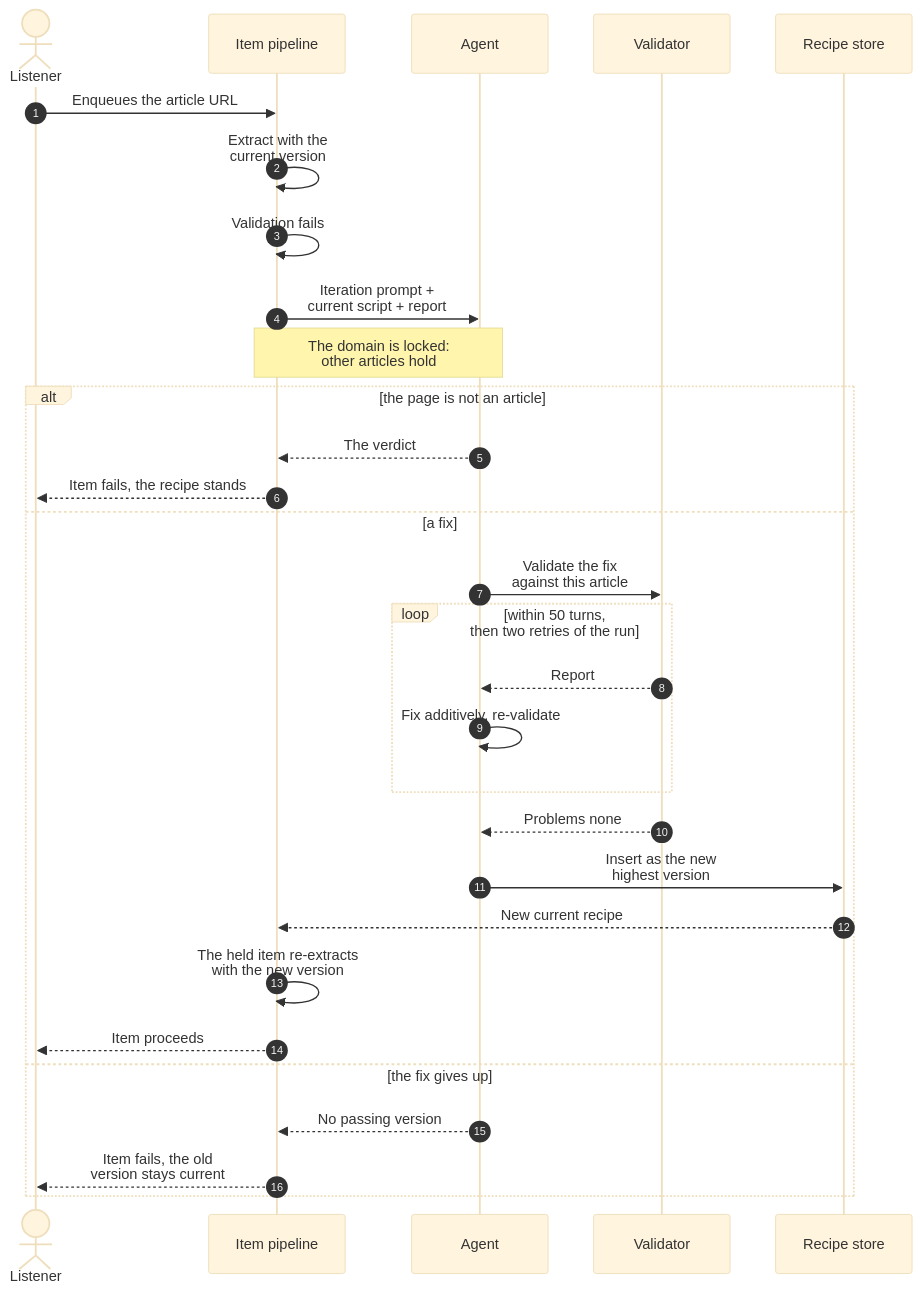
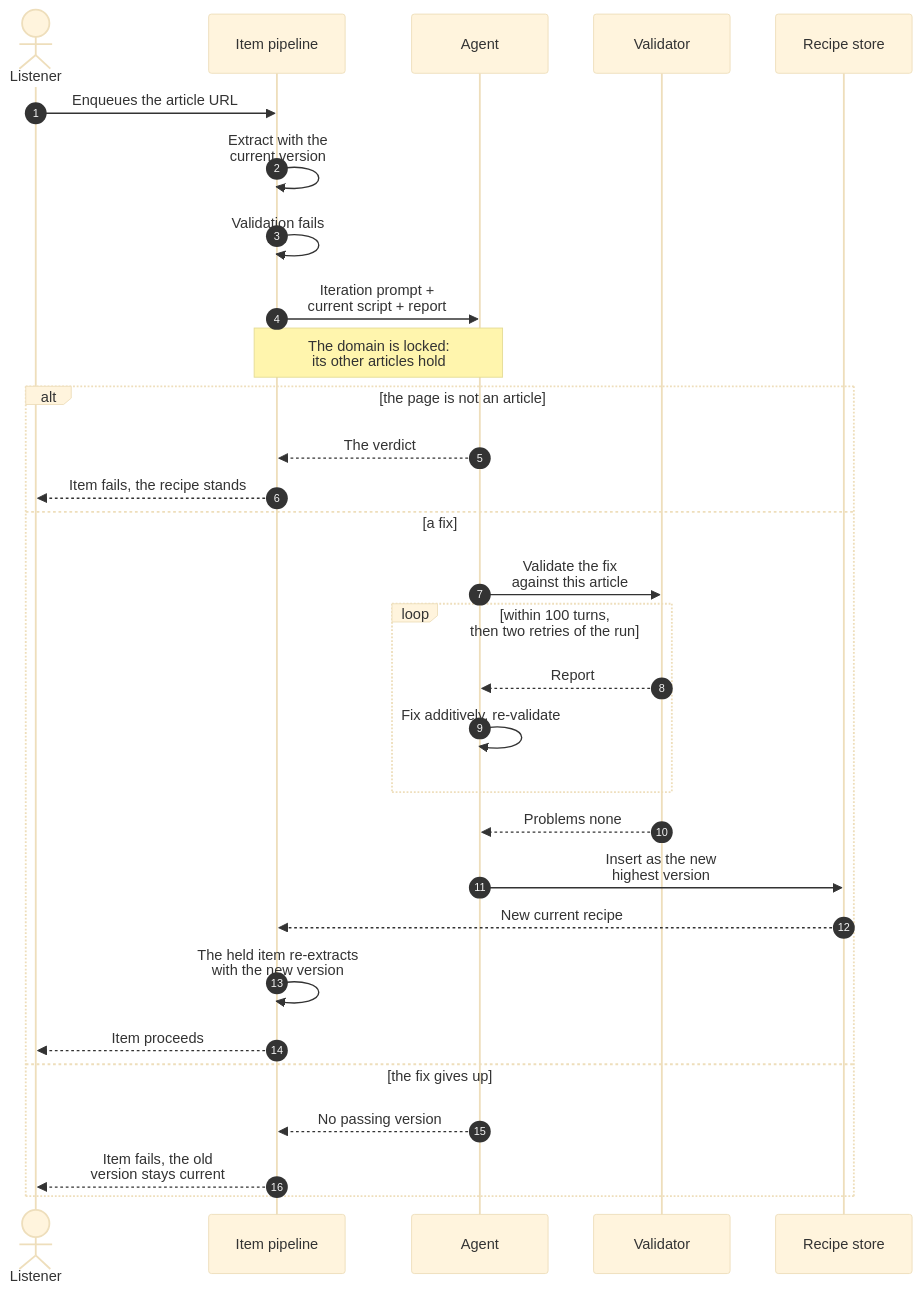
The third of 3 diagrams in docs/technical-design/recipes.md (asermax/nagara), drawn with Mermaid (base theme) before and after one commit. The commit also changed other lines of this file and 4 other files, not shown here.

````diff
--- a/docs/technical-design/recipes.md
+++ b/docs/technical-design/recipes.md
@@ -80,33 +80,33 @@
 ```mermaid
 sequenceDiagram
     autonumber
     actor L as Listener
     participant P as Item pipeline
     participant A as Agent
     participant V as Validator
     participant S as Recipe store
 
     L->>P: Enqueues the article URL
     P->>P: Extract with the<br/>current version
     P->>P: Validation fails
     P->>A: Iteration prompt +<br/>current script + report
-    Note over P,A: The domain is locked:<br/>other articles hold
+    Note over P,A: The domain is locked:<br/>its other articles hold
     alt the page is not an article
         A-->>P: The verdict
         P-->>L: Item fails, the recipe stands
     else a fix
         A->>V: Validate the fix<br/>against this article
-        loop within 50 turns,<br/>then two retries of the run
+        loop within 100 turns,<br/>then two retries of the run
             V-->>A: Report
             A->>A: Fix additively, re-validate
         end
         V-->>A: Problems none
         A->>S: Insert as the new<br/>highest version
         S-->>P: New current recipe
         P->>P: The held item re-extracts<br/>with the new version
         P-->>L: Item proceeds
     else the fix gives up
         A-->>P: No passing version
         P-->>L: Item fails, the old<br/>version stays current
     end
 ```
````
